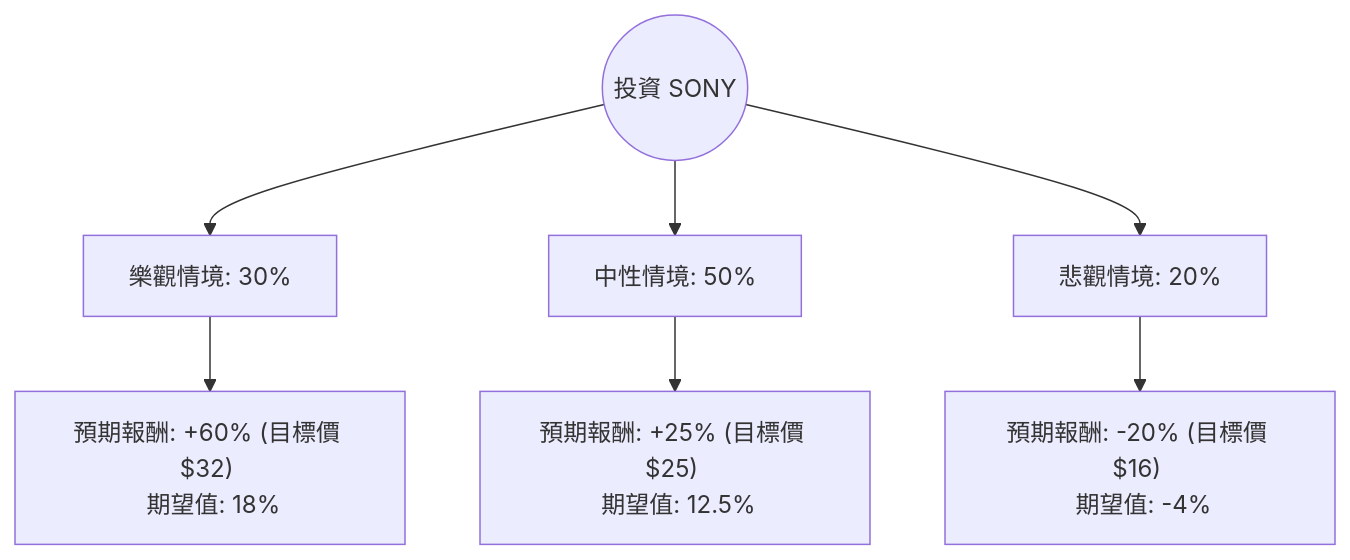
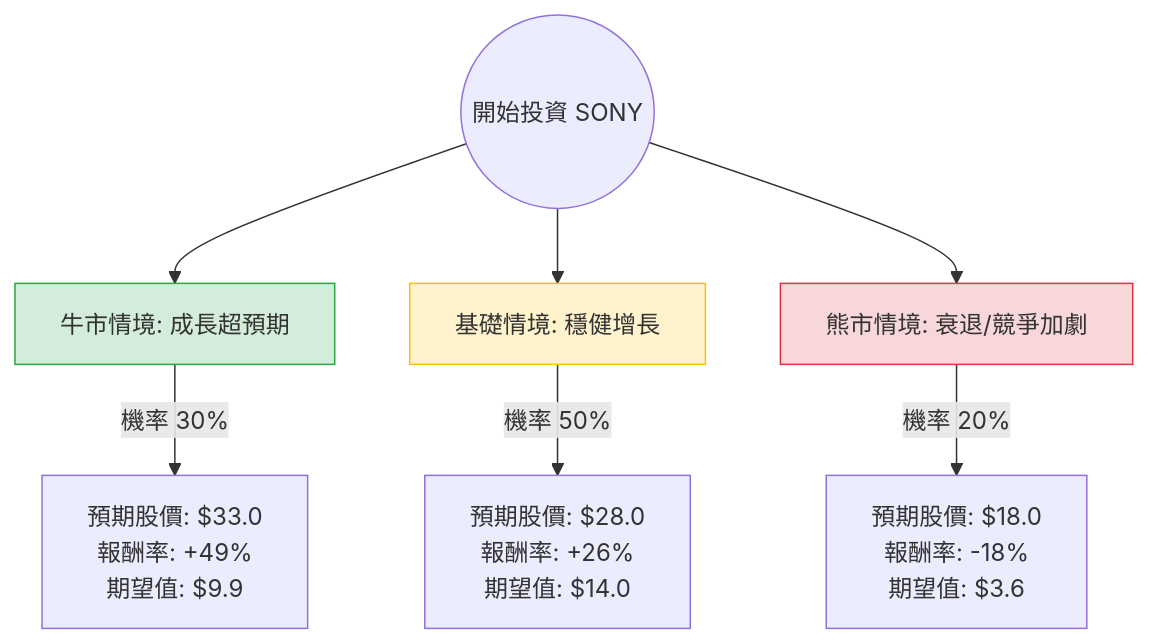
One commit to zmcx16/zmcx16.github.io changed the diagram in plugin-react/ai-analysis/ev-analysis/SONY.md. Above: the diagram before and after it, drawn with Mermaid. The commit also changed other lines of this file and 81 other files, not shown here.

````diff
--- a/plugin-react/ai-analysis/ev-analysis/SONY.md
+++ b/plugin-react/ai-analysis/ev-analysis/SONY.md
@@ -21,10 +22,14 @@
 ```mermaid
 graph TD
-    Start((投資 SONY)) --> Bull[樂觀情境: 30%]
-    Start --> Base[中性情境: 50%]
-    Start --> Bear[悲觀情境: 20%]
+    Start((開始投資 SONY)) --> Bull[牛市情境: 成長超預期]
+    Start --> Base[基礎情境: 穩健增長]
+    Start --> Bear[熊市情境: 衰退/競爭加劇]
 
-    Bull --> Bull_EV["預期報酬: +60% (目標價 $32) <br> 期望值: 18%"]
-    Base --> Base_EV["預期報酬: +25% (目標價 $25) <br> 期望值: 12.5%"]
-    Bear --> Bear_EV["預期報酬: -20% (目標價 $16) <br> 期望值: -4%"]
+    Bull -- "機率 30%" --> BullVal["預期股價: $33.0 <br/> 報酬率: +49% <br/> 期望值: $9.9"]
+    Base -- "機率 50%" --> BaseVal["預期股價: $28.0 <br/> 報酬率: +26% <br/> 期望值: $14.0"]
+    Bear -- "機率 20%" --> BearVal["預期股價: $18.0 <br/> 報酬率: -18% <br/> 期望值: $3.6"]
+
+    style Bull fill:#d4edda,stroke:#28a745
+    style Base fill:#fff3cd,stroke:#ffc107
+    style Bear fill:#f8d7da,stroke:#dc3545
 ```
````
